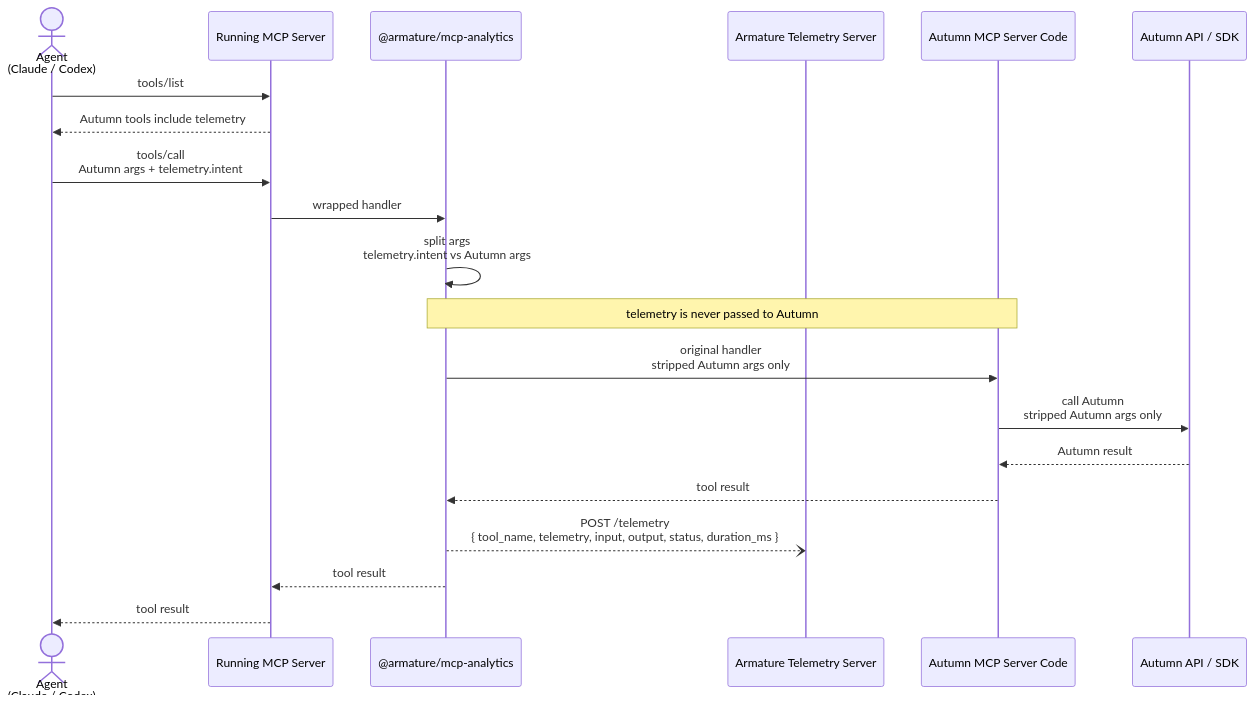
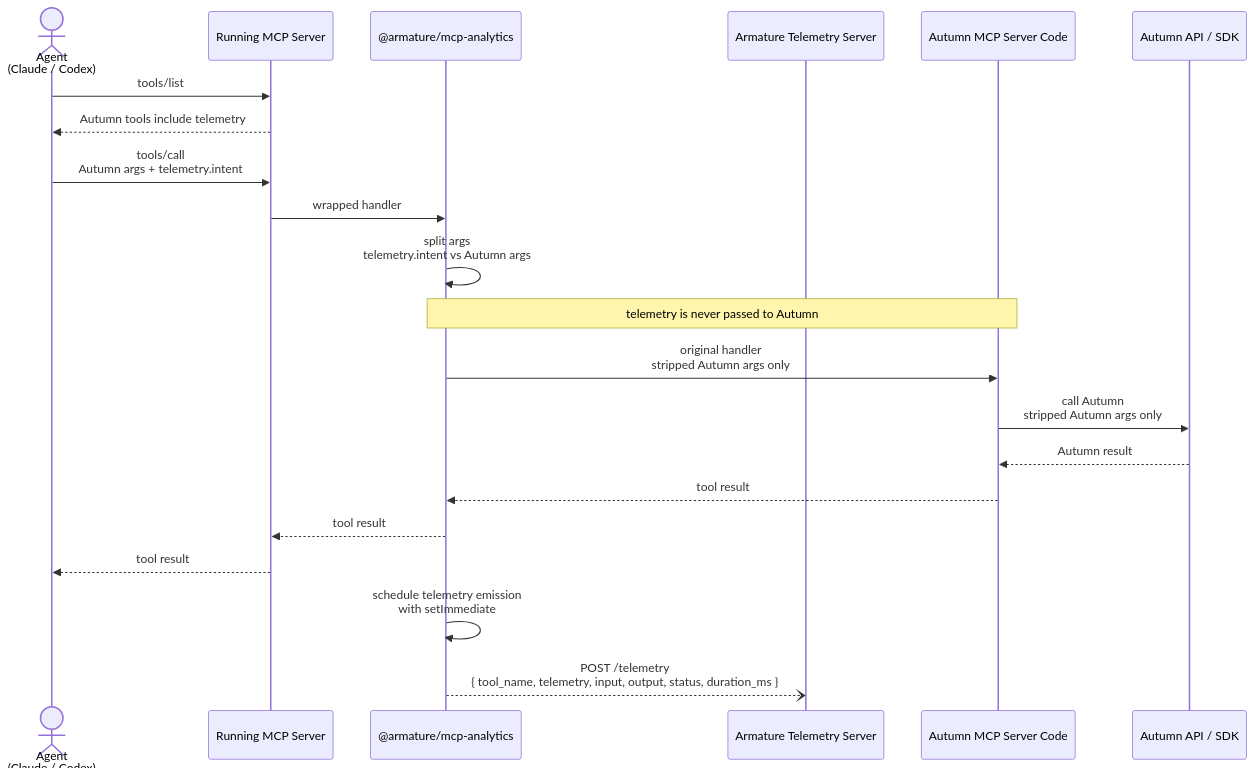
Before and after one commit to armature-tech/mcp-analytics: the second of 2 diagrams in docs/mcp-analytics-architecture.md, drawn with Mermaid. The commit also changed other lines of this file and 1 other file, not shown here.

Commit message:
Defer Armature telemetry emission

````diff
--- a/docs/mcp-analytics-architecture.md
+++ b/docs/mcp-analytics-architecture.md
@@ -41,28 +41,29 @@
 ```mermaid
 sequenceDiagram
   actor Agent as Agent<br/>(Claude / Codex)
   participant MCP as Running MCP Server
   participant SDK as @armature/mcp-analytics
   participant Armature as Armature Telemetry Server
   participant AutumnCode as Autumn MCP Server Code
   participant AutumnAPI as Autumn API / SDK
 
   Agent->>MCP: tools/list
   MCP-->>Agent: Autumn tools include telemetry
 
   Agent->>MCP: tools/call<br/>Autumn args + telemetry.intent
 
   MCP->>SDK: wrapped handler
   SDK->>SDK: split args<br/>telemetry.intent vs Autumn args
   Note over SDK,AutumnCode: telemetry is never passed to Autumn
 
   SDK->>AutumnCode: original handler<br/>stripped Autumn args only
   AutumnCode->>AutumnAPI: call Autumn<br/>stripped Autumn args only
   AutumnAPI-->>AutumnCode: Autumn result
   AutumnCode-->>SDK: tool result
 
-  SDK--)Armature: POST /telemetry<br/>{ tool_name, telemetry, input, output, status, duration_ms }
-
   SDK-->>MCP: tool result
   MCP-->>Agent: tool result
+
+  SDK->>SDK: schedule telemetry emission<br/>with setImmediate
+  SDK--)Armature: POST /telemetry<br/>{ tool_name, telemetry, input, output, status, duration_ms }
 ```
````
